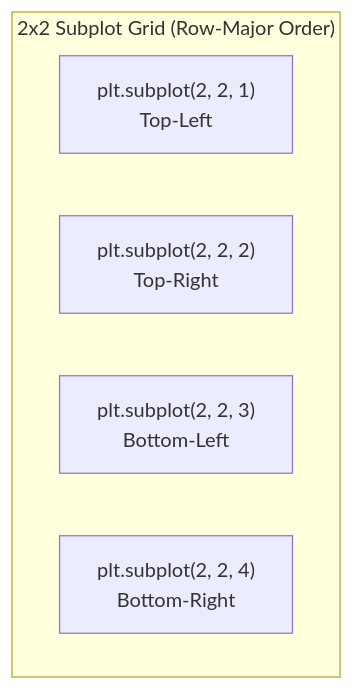
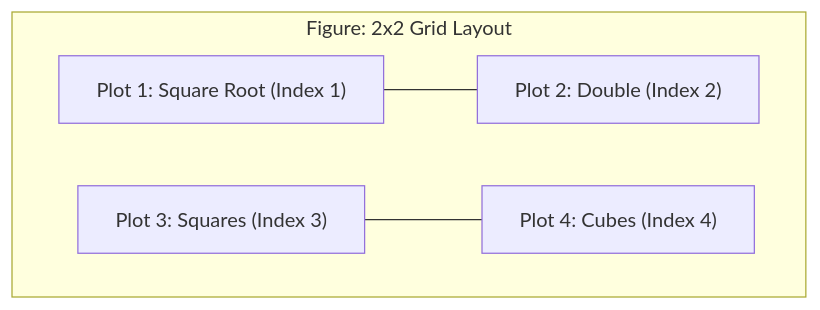
One commit to S1h2i3v4a/AI_ML changed the diagram in lecture_19/Notes_19.07/README_HINGLISH.md. Above: the diagram before and after it, drawn with Mermaid. The commit also changed other lines of this file and 203 other files, not shown here.

Commit message:
docs(lectures 19-21): align notes with video lectures, add blackboard diagrams, clean structured functions, and compile vector PDFs

````diff
--- a/lecture_19/Notes_19.07/README_HINGLISH.md
+++ b/lecture_19/Notes_19.07/README_HINGLISH.md
@@ -25,10 +38,7 @@
 ```mermaid
 flowchart TD
-    subgraph Grid2x2["2x2 Subplot Grid (Row-Major Order)"]
-        direction LR
-        P1["plt.subplot(2, 2, 1)<br/>Top-Left"]
-        P2["plt.subplot(2, 2, 2)<br/>Top-Right"]
-        P3["plt.subplot(2, 2, 3)<br/>Bottom-Left"]
-        P4["plt.subplot(2, 2, 4)<br/>Bottom-Right"]
+    subgraph Canvas["Figure: 2x2 Grid Layout"]
+        A["Plot 1: Square Root (Index 1)"] --- B["Plot 2: Double (Index 2)"]
+        C["Plot 3: Squares (Index 3)"] --- D["Plot 4: Cubes (Index 4)"]
     end
 ```
````
